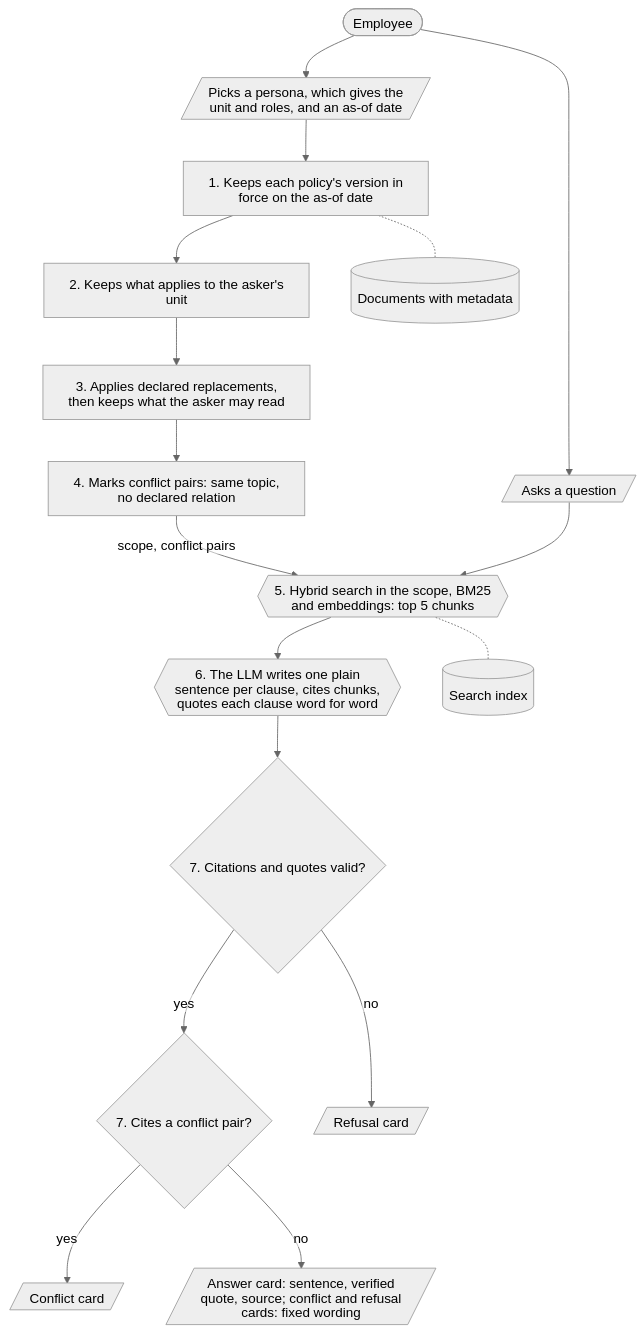
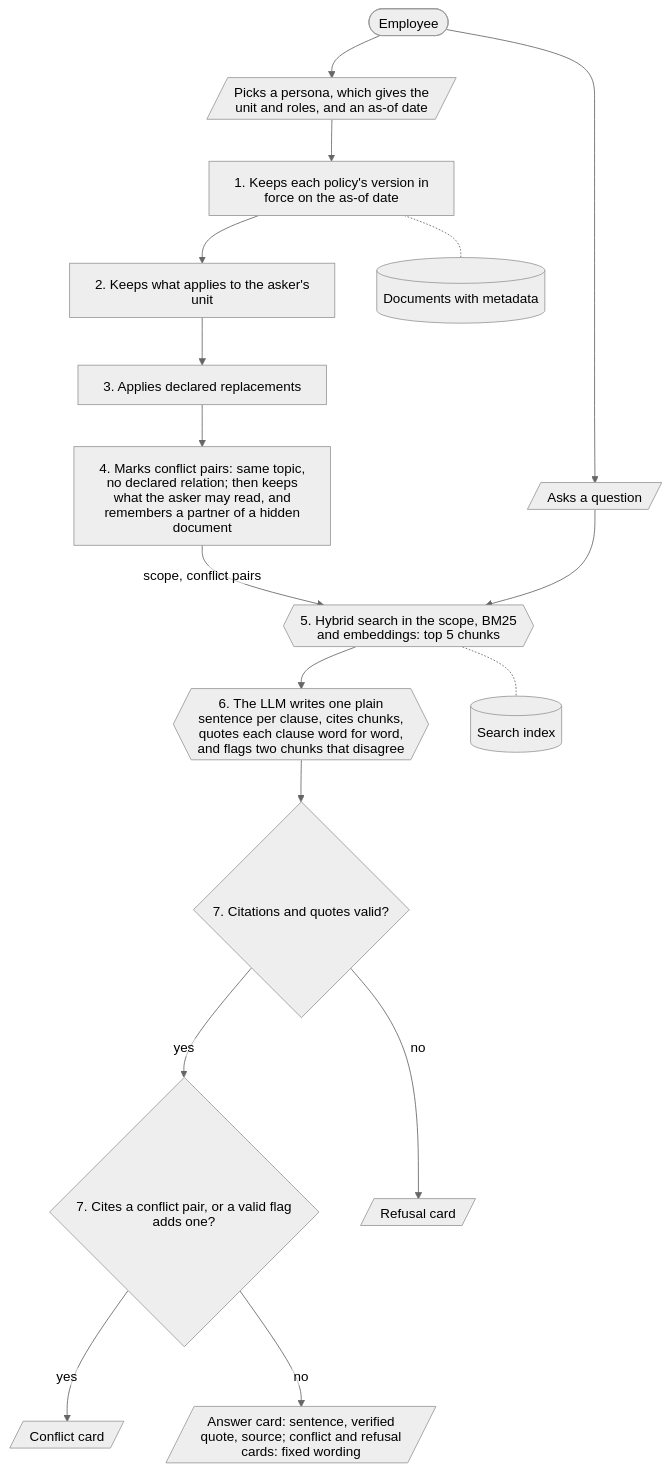
Before and after one commit to Park-Hip/next-gen-2026: the first of 2 diagrams in docs/architecture.md, drawn with Mermaid (neutral theme). The commit also changed other lines of this file and 39 other files, not shown here.

First line of the commit message:
Let the model flag a disagreement and refuse on a hidden conflict partner (#87)

````diff
--- a/docs/architecture.md
+++ b/docs/architecture.md
@@ -21,36 +21,36 @@
 ```mermaid
 ---
 config:
   htmlLabels: false
   flowchart:
     htmlLabels: false
     wrappingWidth: 260
 ---
 flowchart TD
     employee([Employee])
     context[/"Picks a persona, which gives the unit and roles, and an as-of date"/]
     question[/"Asks a question"/]
     s1["1. Keeps each policy's version in force on the as-of date"]
     s2["2. Keeps what applies to the asker's unit"]
-    s3["3. Applies declared replacements, then keeps what the asker may read"]
-    s4["4. Marks conflict pairs: same topic, no declared relation"]
+    s3["3. Applies declared replacements"]
+    s4["4. Marks conflict pairs: same topic, no declared relation; then keeps what the asker may read, and remembers a partner of a hidden document"]
     s5{{"5. Hybrid search in the scope, BM25 and embeddings: top 5 chunks"}}
-    s6{{"6. The LLM writes one plain sentence per clause, cites chunks, quotes each clause word for word"}}
+    s6{{"6. The LLM writes one plain sentence per clause, cites chunks, quotes each clause word for word, and flags two chunks that disagree"}}
     valid{"7. Citations and quotes valid?"}
-    conflict{"7. Cites a conflict pair?"}
+    conflict{"7. Cites a conflict pair, or a valid flag adds one?"}
     refusal[/"Refusal card"/]
     conflictcard[/"Conflict card"/]
     answercard[/"Answer card: sentence, verified quote, source; conflict and refusal cards: fixed wording"/]
     documents[("Documents with metadata")]
     index[("Search index")]
 
     employee --> context --> s1 --> s2 --> s3 --> s4 -- scope, conflict pairs --> s5
     employee --> question --> s5
     s5 --> s6 --> valid
     valid -- no --> refusal
     valid -- yes --> conflict
     conflict -- yes --> conflictcard
     conflict -- no --> answercard
     s1 -.- documents
     s5 -.- index
 ```
````
